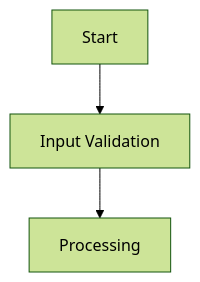
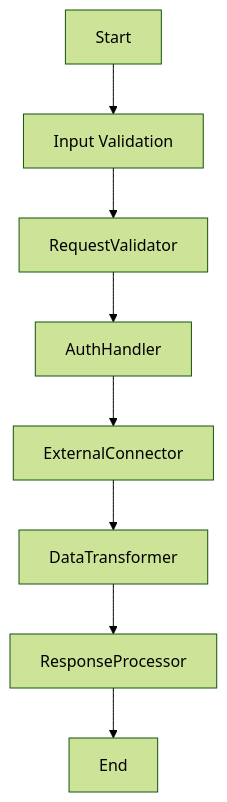
Before and after one commit to pickleton89/agent-os-pocketflow: the diagram in baseline_out/baselinetoolworkflow/docs/design.md, drawn with Mermaid (forest theme). The commit also changed other lines of this file and 70 other files, not shown here.

````diff
--- a/baseline_out/baselinetoolworkflow/docs/design.md
+++ b/baseline_out/baselinetoolworkflow/docs/design.md
@@ -33,5 +33,10 @@
 ```mermaid
 graph TD
     A[Start] --> B[Input Validation]
-    B --> C[Processing]
+    B --> C[RequestValidator]
+    C --> D[AuthHandler]
+    D --> E[ExternalConnector]
+    E --> F[DataTransformer]
+    F --> G[ResponseProcessor]
+    G --> Z[End]
 ```
````
